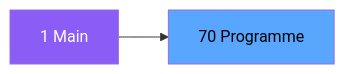
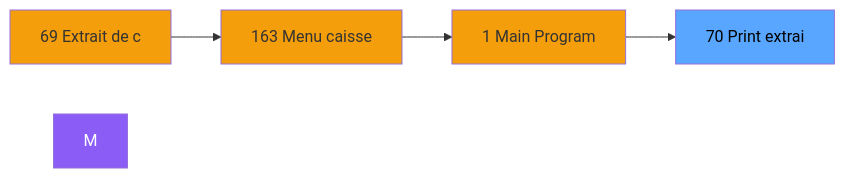
One commit to thonyAGP/magic-migration changed the second of 3 diagrams in .openspec/specs/ADH-IDE-70.md. Above: the diagram before and after it, drawn with Mermaid. The commit also changed other lines of this file and 323 other files, not shown here.

````diff
--- a/.openspec/specs/ADH-IDE-70.md
+++ b/.openspec/specs/ADH-IDE-70.md
@@ -108,8 +128,15 @@
 ```mermaid
 graph LR
-    M[1 Main]
-    T[70 Programme]
-    M --> T
+    N69[69 Extrait de c]
+    N163[163 Menu caisse ]
+    N1[1 Main Program]
+    T[70 Print extrai]
+    N69 --> N163
+    N163 --> N1
+    N1 --> T
     style M fill:#8b5cf6,color:#fff
+    style N69 fill:#f59e0b
+    style N163 fill:#f59e0b
+    style N1 fill:#f59e0b
     style T fill:#58a6ff,color:#000
 ```
````
